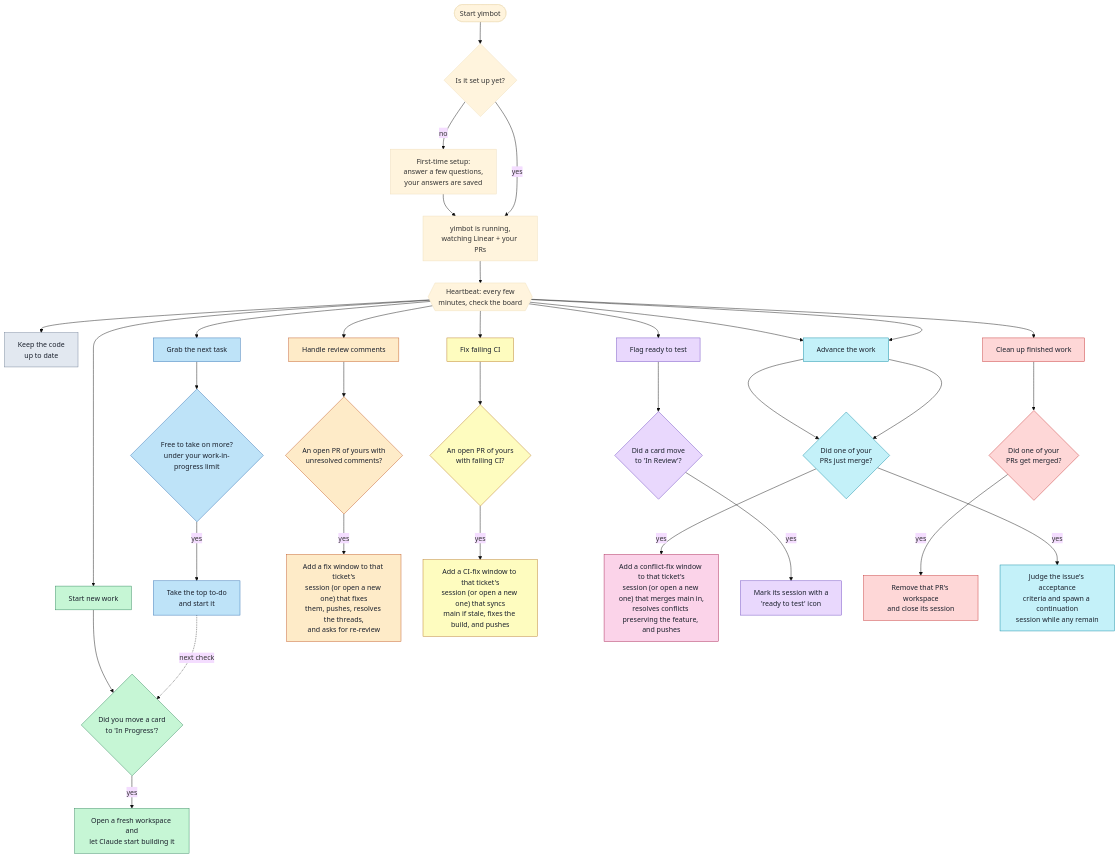
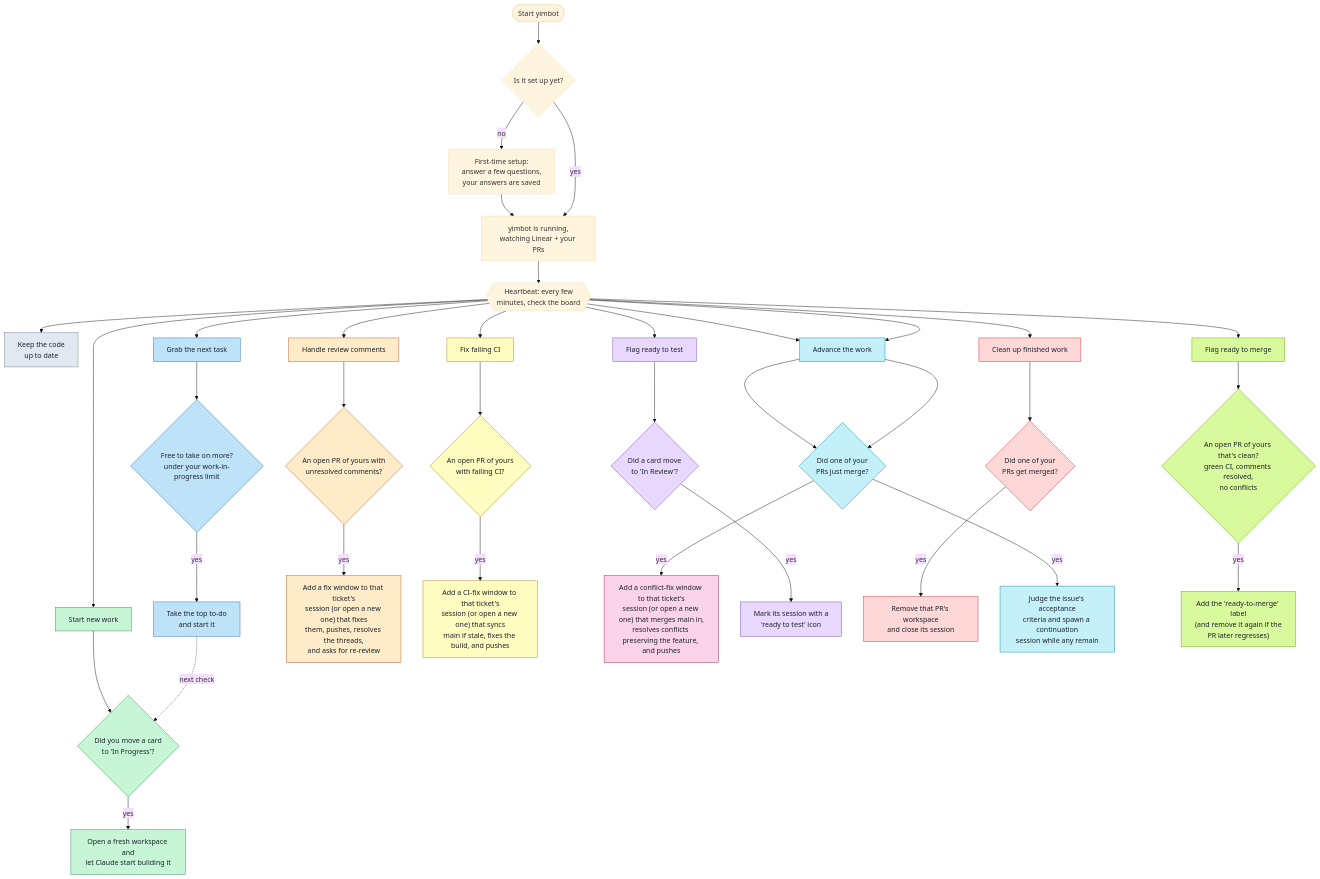
The diagram in README.md (YiminArava4508/yimbot), drawn with Mermaid (base theme) before and after one commit. The commit also changed other lines of this file and 7 other files, not shown here.

First line of the commit message:
feat(ready): sync ready-to-merge label on clean PRs each heartbeat

````diff
--- a/README.md
+++ b/README.md
@@ -24,63 +24,69 @@
 ```mermaid
 flowchart TD
     A(["Start yimbot"]) --> B{"Is it set up yet?"}
     B -- no --> W["First-time setup:<br/>answer a few questions,<br/>your answers are saved"]
     W --> C["yimbot is running,<br/>watching Linear + your PRs"]
     B -- yes --> C
 
     C --> P{{"Heartbeat: every few<br/>minutes, check the board"}}
 
     P --> S["Keep the code<br/>up to date"]
 
     P --> G1["Start new work"]
     G1 --> T1{"Did you move a card<br/>to 'In Progress'?"}
     T1 -- yes --> L["Open a fresh workspace and<br/>let Claude start building it"]
 
     P --> G2["Grab the next task"]
     G2 --> PK{"Free to take on more?<br/>under your work-in-progress limit"}
     PK -- yes --> M["Take the top to-do<br/>and start it"]
     M -.->|next check| T1
 
     P --> G3["Handle review comments"]
     G3 --> T2{"An open PR of yours with<br/>unresolved comments?"}
     T2 -- yes --> R["Add a fix window to that ticket's<br/>session (or open a new one) that fixes<br/>them, pushes, resolves the threads,<br/>and asks for re-review"]
 
     P --> G6["Fix failing CI"]
     G6 --> T5{"An open PR of yours<br/>with failing CI?"}
     T5 -- yes --> CI["Add a CI-fix window to that ticket's<br/>session (or open a new one) that syncs<br/>main if stale, fixes the build, and pushes"]
 
     P --> G7["Fix merge conflicts"]
     G7 --> T6{"An open PR of yours<br/>conflicting with main?"}
     T6 -- yes --> CF["Add a conflict-fix window to that ticket's<br/>session (or open a new one) that merges main in,<br/>resolves conflicts preserving the feature, and pushes"]
 
     P --> G4["Flag ready to test"]
     G4 --> T3{"Did a card move<br/>to 'In Review'?"}
     T3 -- yes --> F["Mark its session with a<br/>'ready to test' icon"]
 
     P --> G5["Clean up finished work"]
     G5 --> T4{"Did one of your<br/>PRs get merged?"}
     T4 -- yes --> CU["Remove that PR's workspace<br/>and close its session"]
 
     P --> G7["Advance the work"]
     G7 --> T6{"Did one of your<br/>PRs just merge?"}
     T6 -- yes --> AD["Judge the issue's acceptance<br/>criteria and spawn a continuation<br/>session while any remain"]
 
+    P --> G8["Flag ready to merge"]
+    G8 --> T7{"An open PR of yours that's clean?<br/>green CI, comments resolved,<br/>no conflicts"}
+    T7 -- yes --> RM["Add the 'ready-to-merge' label<br/>(and remove it again if the<br/>PR later regresses)"]
+
     classDef deploy fill:#c6f6d5,stroke:#2f855a,color:#1a202c;
     classDef claim fill:#bee3f8,stroke:#2b6cb0,color:#1a202c;
     classDef review fill:#feebc8,stroke:#c05621,color:#1a202c;
     classDef ready fill:#e9d8fd,stroke:#6b46c1,color:#1a202c;
     classDef cleanup fill:#fed7d7,stroke:#c53030,color:#1a202c;
     classDef ci fill:#fefcbf,stroke:#b7791f,color:#1a202c;
     classDef conflict fill:#fbd3e9,stroke:#a61e4d,color:#1a202c;
     classDef sync fill:#e2e8f0,stroke:#718096,color:#1a202c;
     classDef advance fill:#c4f1f9,stroke:#0987a0,color:#1a202c;
+    classDef readymerge fill:#d9f99d,stroke:#65a30d,color:#1a202c;
     class G1,T1,L deploy;
     class G2,PK,M claim;
     class G3,T2,R review;
     class G6,T5,CI ci;
     class G7,T6,CF conflict;
     class G4,T3,F ready;
     class G5,T4,CU cleanup;
     class S sync;
     class G7,T6,AD advance;
+    class G8,T7,RM readymerge;
 ```
````
